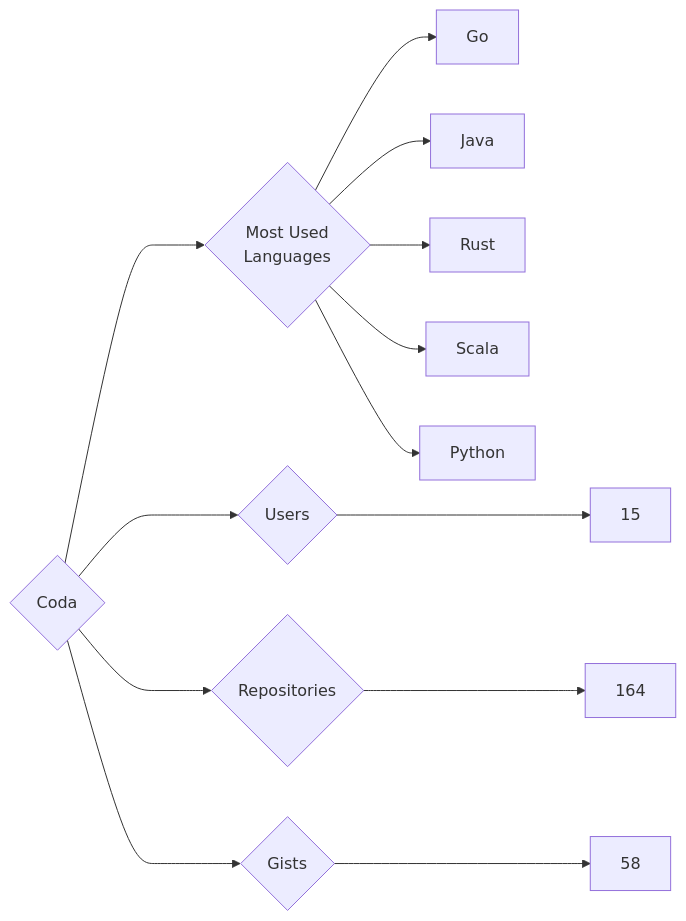
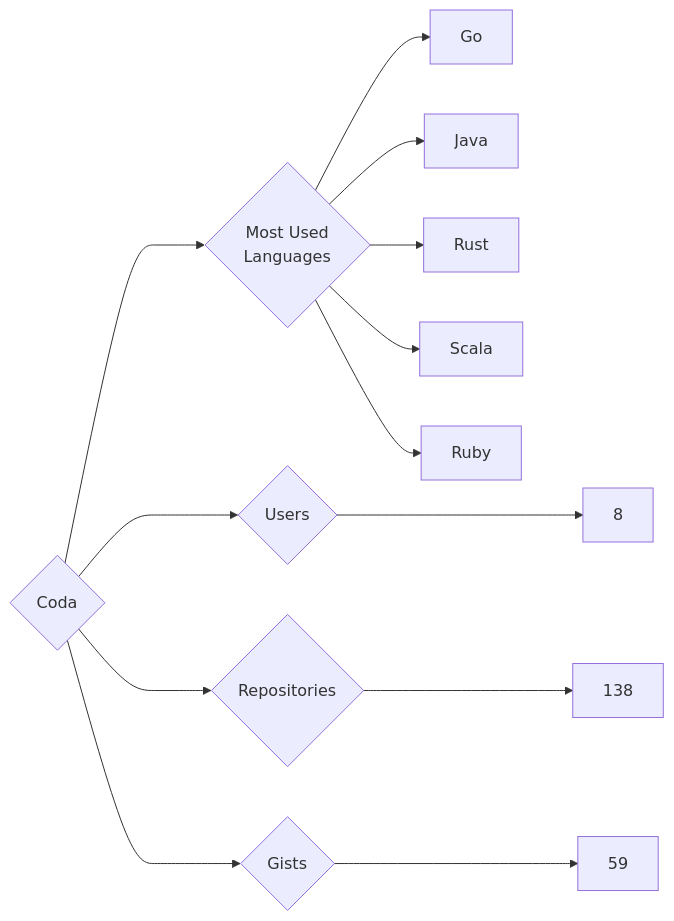
The diagram in targets/Coda/README.md (trickest/insiders), drawn with Mermaid before and after one commit. The commit also changed 1238 other files, not shown here.

````diff
--- a/targets/Coda/README.md
+++ b/targets/Coda/README.md
@@ -3,13 +3,13 @@
 ```mermaid
 graph LR
 COMPANY_NAME{Coda}
-COMPANY_NAME ---> U{Users} ---> UN[15]
-COMPANY_NAME ---> R{Repositories} ---> RN[164]
-COMPANY_NAME ---> G{Gists} ---> GN[58]
+COMPANY_NAME ---> U{Users} ---> UN[8]
+COMPANY_NAME ---> R{Repositories} ---> RN[138]
+COMPANY_NAME ---> G{Gists} ---> GN[59]
 COMPANY_NAME ---> ML{Most Used<br>Languages}
 ML --> Go[Go]
 ML --> Java[Java]
 ML --> Rust[Rust]
 ML --> Scala[Scala]
-ML --> Python[Python]
+ML --> Ruby[Ruby]
 ```
````
